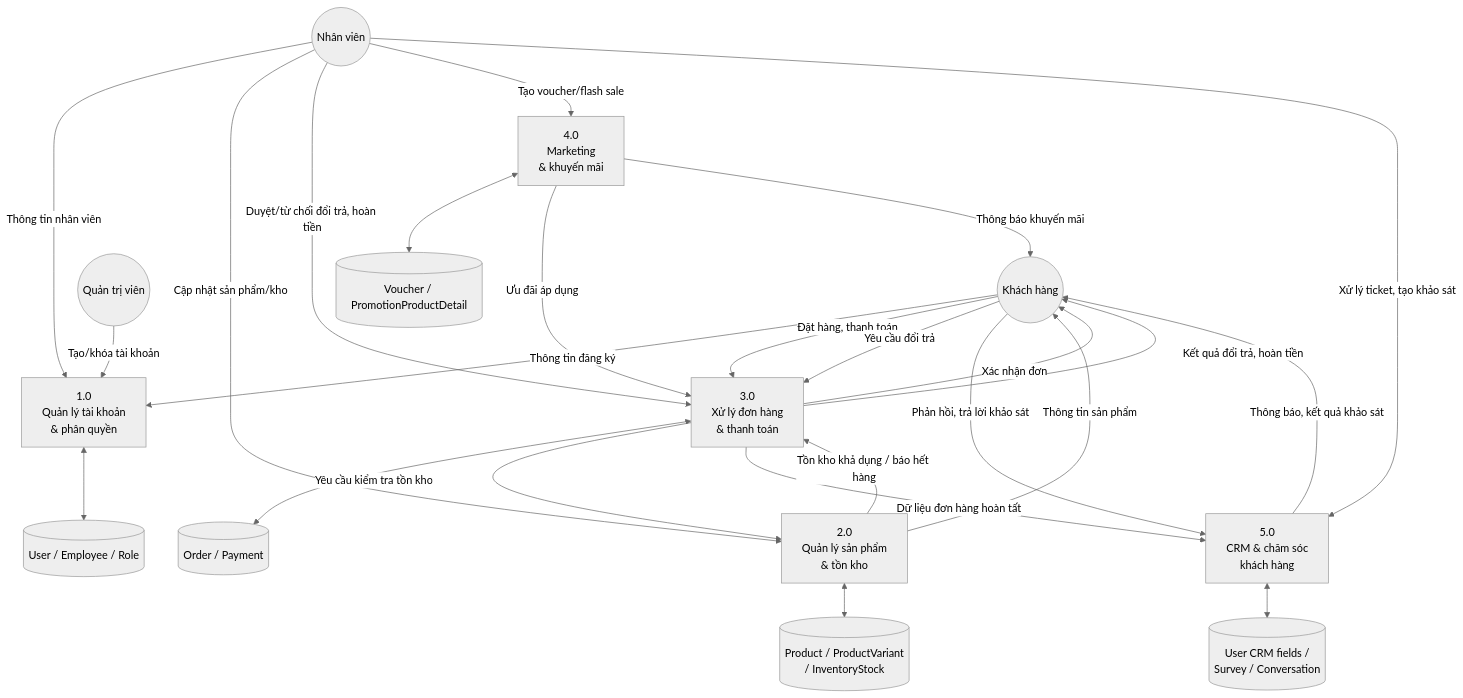
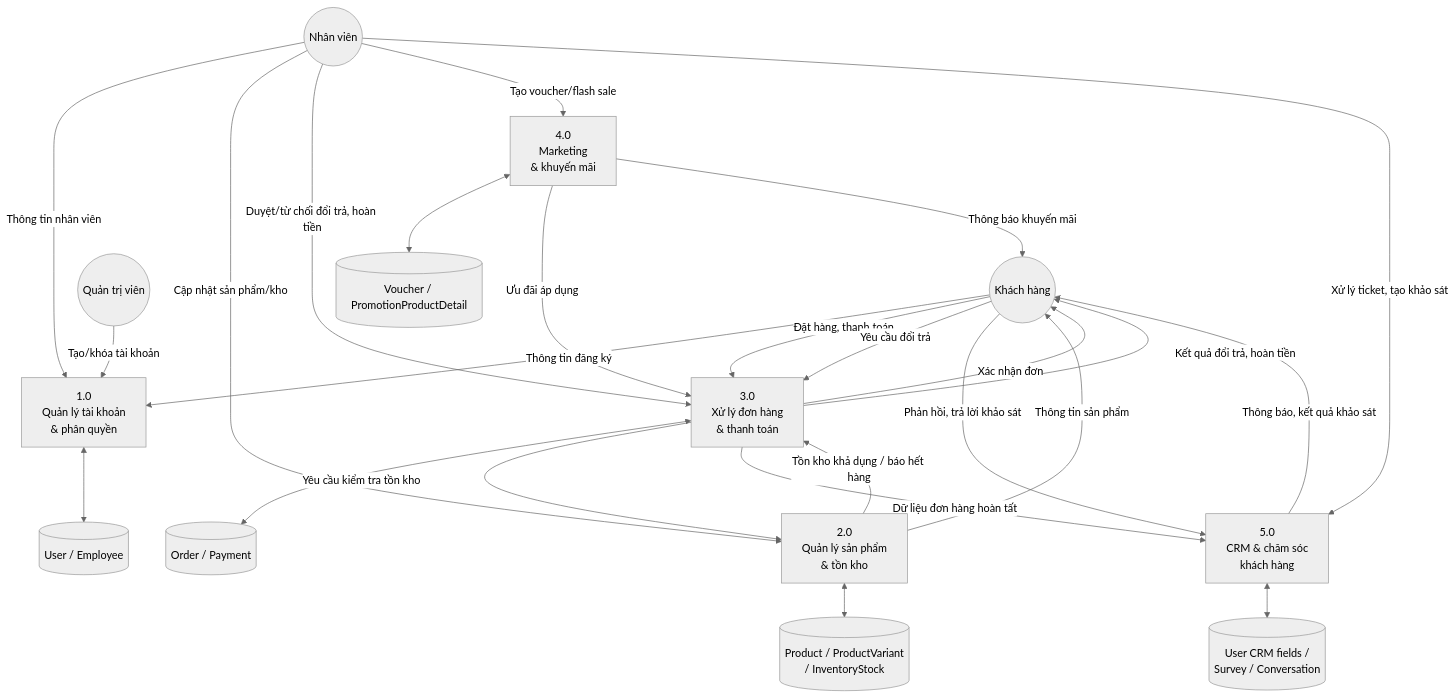
The fourth of 11 diagrams in docs/project-overview.md (KhanhChung2k5/Shopee), drawn with Mermaid (neutral theme) before and after one commit. The commit also changed other lines of this file and 8 other files, not shown here.

````diff
--- a/docs/project-overview.md
+++ b/docs/project-overview.md
@@ -144,47 +144,47 @@
 ```mermaid
 graph TD
     KH((Khách hàng))
     NV((Nhân viên))
     ADMIN((Quản trị viên))
 
     P1["1.0<br/>Quản lý tài khoản<br/>& phân quyền"]
     P2["2.0<br/>Quản lý sản phẩm<br/>& tồn kho"]
     P3["3.0<br/>Xử lý đơn hàng<br/>& thanh toán"]
     P4["4.0<br/>Marketing<br/>& khuyến mãi"]
     P5["5.0<br/>CRM & chăm sóc<br/>khách hàng"]
 
-    D1[(User / Employee / Role)]
+    D1[(User / Employee)]
     D2[(Product / ProductVariant<br/>/ InventoryStock)]
     D3[(Order / Payment)]
     D4[(Voucher / PromotionProductDetail)]
     D5[(User CRM fields /<br/>Survey / Conversation)]
 
     KH -- "Thông tin đăng ký" --> P1
     P1 <--> D1
     ADMIN -- "Tạo/khóa tài khoản" --> P1
     NV -- "Thông tin nhân viên" --> P1
 
     NV -- "Cập nhật sản phẩm/kho" --> P2
     P2 <--> D2
     P2 -- "Thông tin sản phẩm" --> KH
 
     KH -- "Đặt hàng, thanh toán" --> P3
     P3 <--> D3
     P3 -- "Yêu cầu kiểm tra tồn kho" --> P2
     P2 -- "Tồn kho khả dụng / báo hết hàng" --> P3
     P3 -- "Xác nhận đơn" --> KH
     KH -- "Yêu cầu đổi trả" --> P3
     NV -- "Duyệt/từ chối đổi trả, hoàn tiền" --> P3
     P3 -- "Kết quả đổi trả, hoàn tiền" --> KH
 
     NV -- "Tạo voucher/flash sale" --> P4
     P4 <--> D4
     P4 -- "Ưu đãi áp dụng" --> P3
     P4 -- "Thông báo khuyến mãi" --> KH
 
     P3 -- "Dữ liệu đơn hàng hoàn tất" --> P5
     KH -- "Phản hồi, trả lời khảo sát" --> P5
     P5 <--> D5
     NV -- "Xử lý ticket, tạo khảo sát" --> P5
     P5 -- "Thông báo, kết quả khảo sát" --> KH
 ```
````
